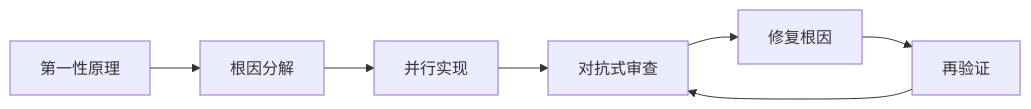
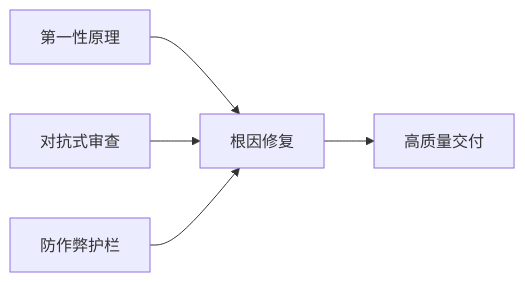
Before and after one commit to coder-wangbin/codex-swarm: the diagram in SKILL.md, drawn with Mermaid. The commit also changed other lines of this file and 1 other file, not shown here.

````diff
--- a/SKILL.md
+++ b/SKILL.md
@@ -51,9 +34,7 @@
 ```mermaid
 flowchart LR
-  A["第一性原理"] --> B["根因分解"]
-  B --> C["并行实现"]
-  C --> D["对抗式审查"]
-  D --> E["修复根因"]
-  E --> F["再验证"]
-  F --> D
+  A["第一性原理"] --> D["根因修复"]
+  B["对抗式审查"] --> D
+  C["防作弊护栏"] --> D
+  D --> E["高质量交付"]
 ```
````
